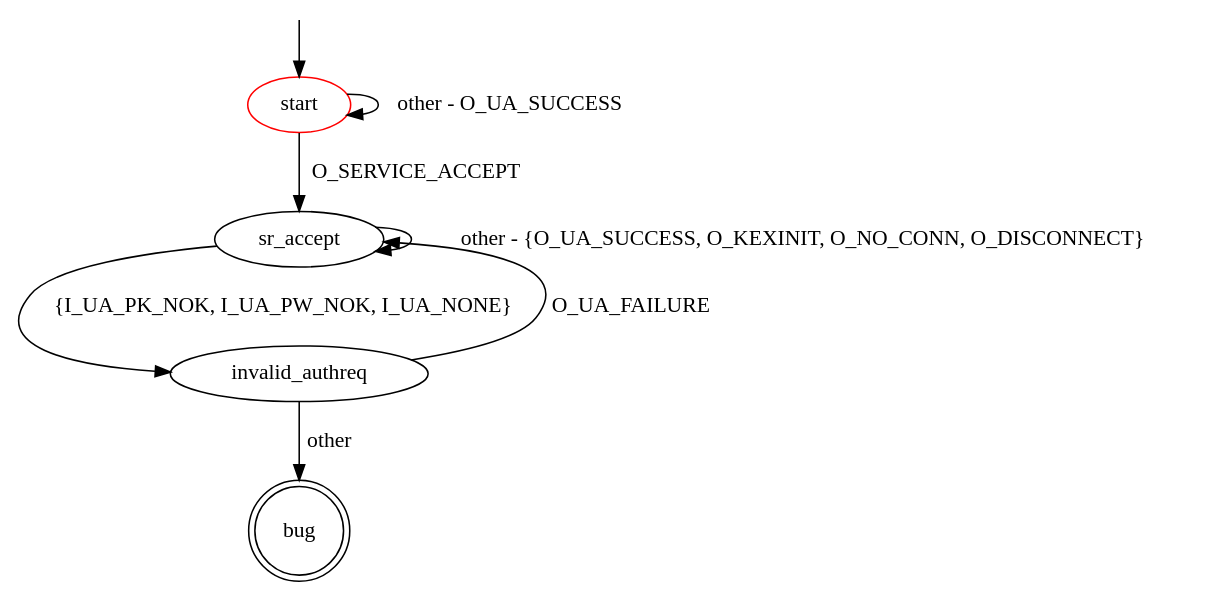
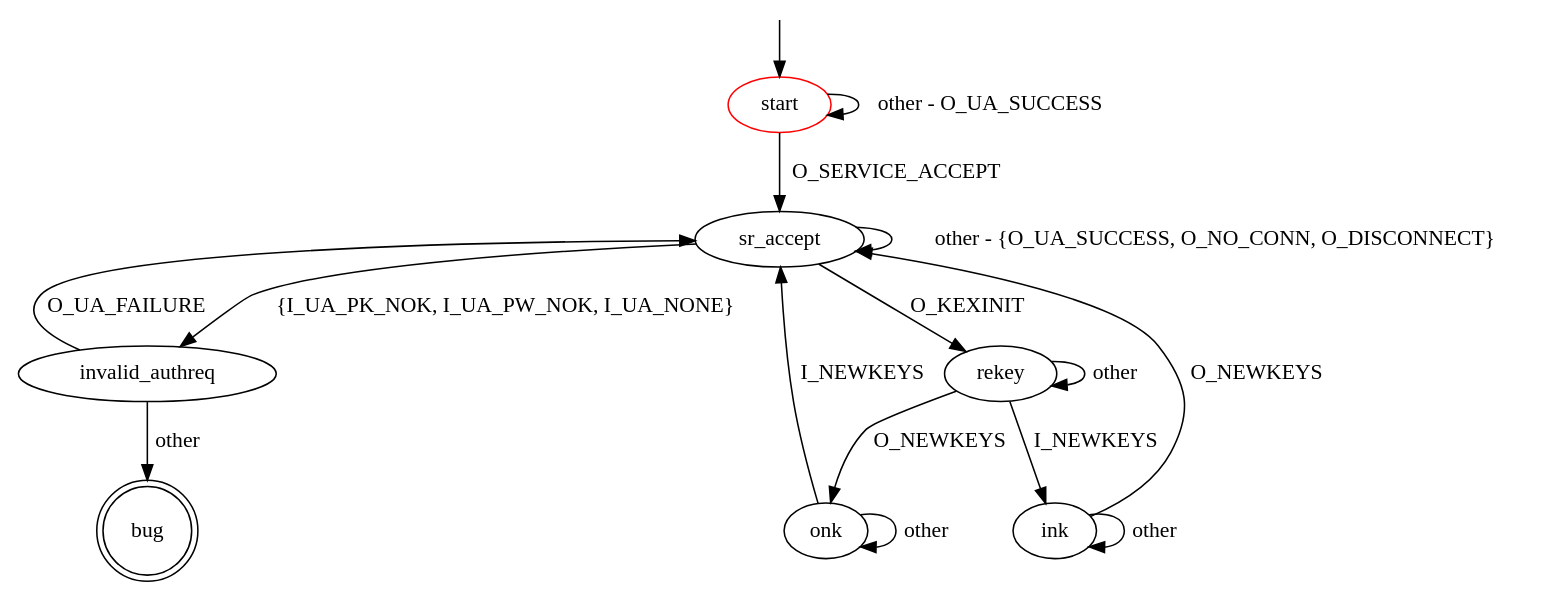
The diagram in src/main/resources/patterns/ssh/invalid_auth_rejection.dot (assist-project/state-machine-bug-finder), drawn with Graphviz before and after one commit. The commit also changed 1 other file, not shown here.

```diff
--- a/src/main/resources/patterns/ssh/invalid_auth_rejection.dot
+++ b/src/main/resources/patterns/ssh/invalid_auth_rejection.dot
@@ -1,15 +1,24 @@
 digraph G {
 label=""
 start [color="red"]
 bug [shape="doublecircle"]
 
 start -> sr_accept [label="O_SERVICE_ACCEPT"]
 start -> start [label="other - O_UA_SUCCESS"]
 sr_accept -> invalid_authreq [label="{I_UA_PK_NOK, I_UA_PW_NOK, I_UA_NONE}"]
-sr_accept -> sr_accept [label="other - {O_UA_SUCCESS, O_KEXINIT, O_NO_CONN, O_DISCONNECT}"]
+sr_accept -> sr_accept [label="other - {O_UA_SUCCESS, O_NO_CONN, O_DISCONNECT}"]
+sr_accept -> rekey [label="O_KEXINIT"]
 invalid_authreq -> sr_accept [label="O_UA_FAILURE"]
 invalid_authreq -> bug [label="other"]
+
+rekey -> ink [label="I_NEWKEYS"]
+rekey -> onk [label="O_NEWKEYS"]
+rekey -> rekey [label="other"]
+ink -> sr_accept [label="O_NEWKEYS"]
+ink -> ink [label="other"]
+onk -> sr_accept [label="I_NEWKEYS"]
+onk -> onk [label="other"]
 
 __start0 [label="" shape="none" width="0" height="0"];
 __start0 -> start;
 }
```
